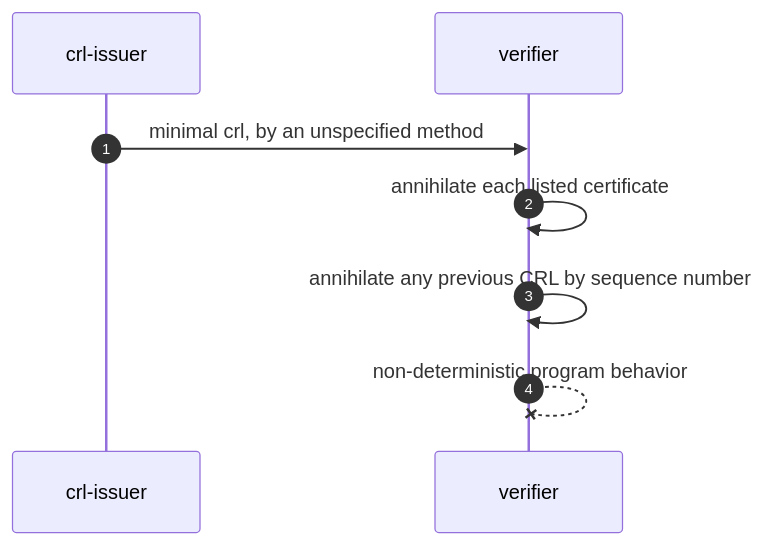
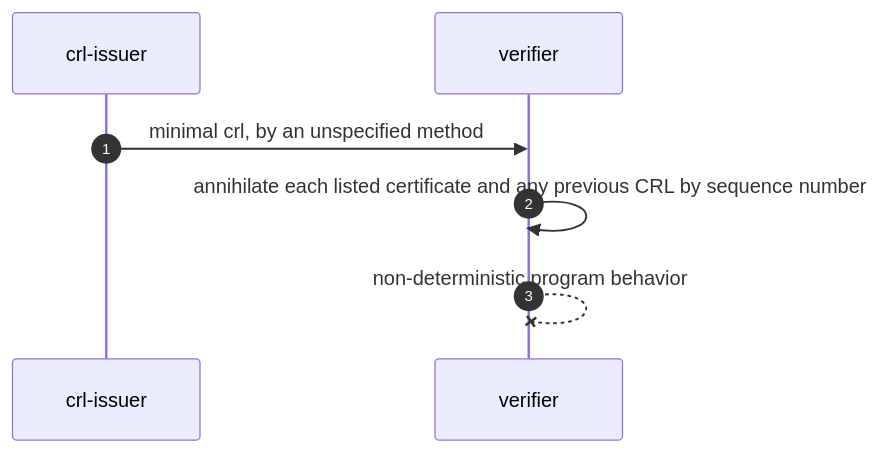
The tenth of 26 diagrams in records/ietf/rfc-2692/distilled/protocol.md (m-of-n/library), drawn with Mermaid before and after one commit. The commit also changed other lines of this file and 9 other files, not shown here.

````diff
--- a/records/ietf/rfc-2692/distilled/protocol.md
+++ b/records/ietf/rfc-2692/distilled/protocol.md
@@ -344,10 +350,9 @@
 ```mermaid
 sequenceDiagram
   autonumber
   participant C as crl-issuer
   participant V as verifier
   C->>V: minimal crl, by an unspecified method
-  V->>V: annihilate each listed certificate
-  V->>V: annihilate any previous CRL by sequence number
+  V->>V: annihilate each listed certificate and any previous CRL by sequence number
   V--xV: non-deterministic program behavior
 ```
````
